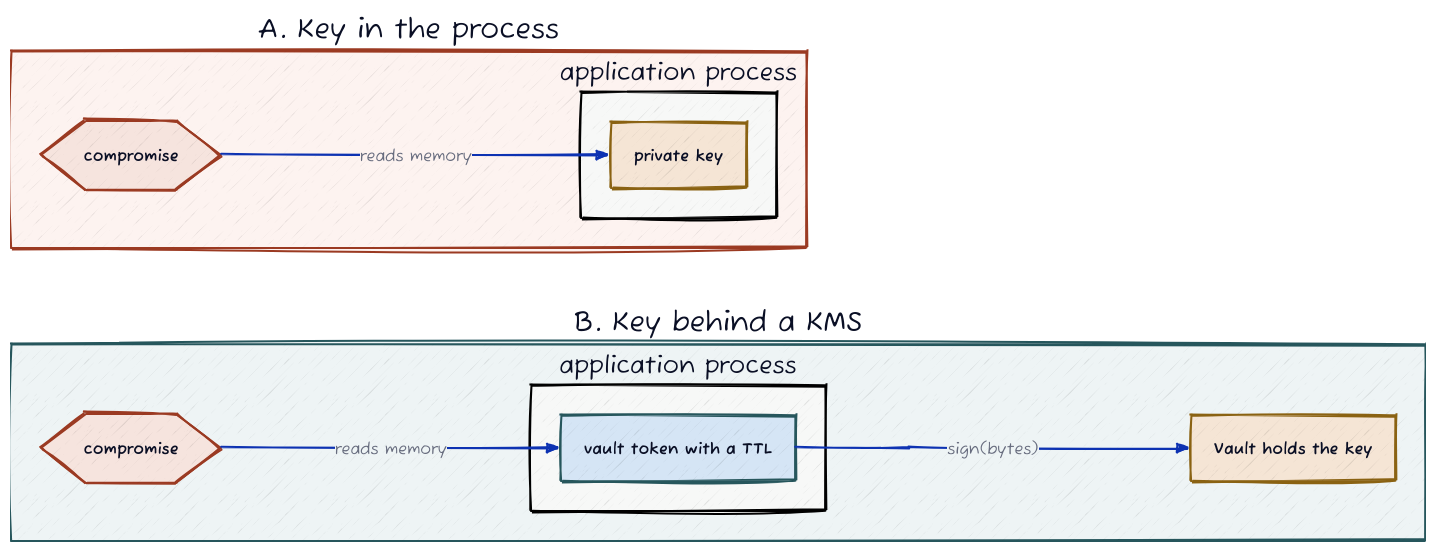
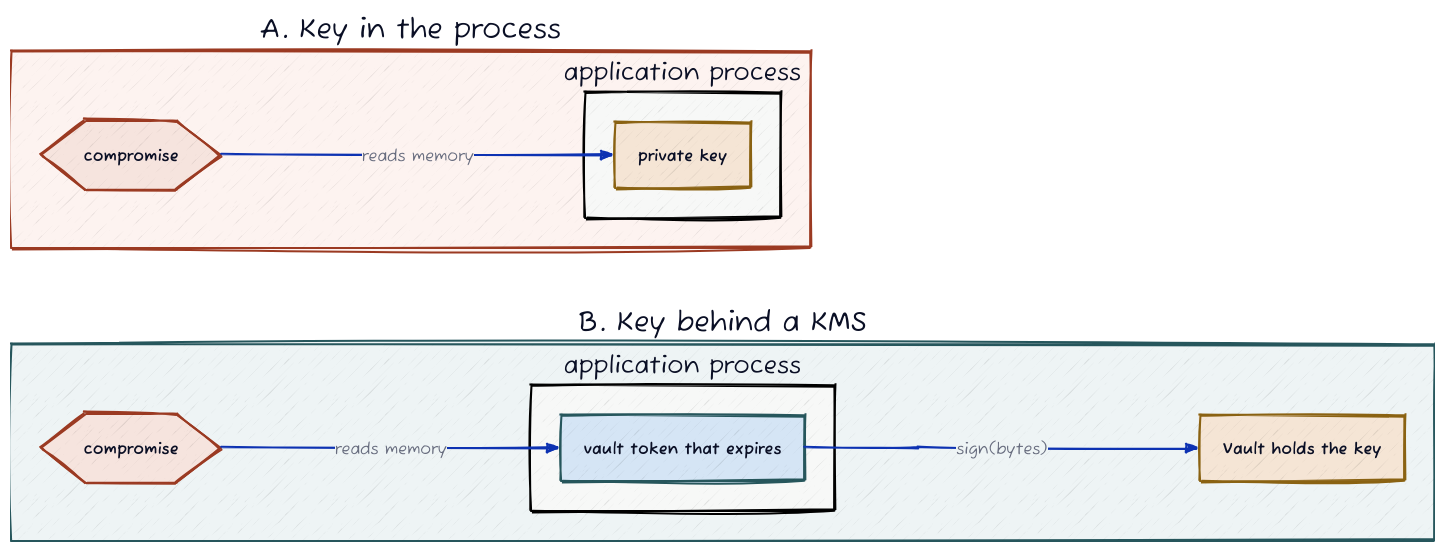
Before and after one commit to algorandfoundation/devportal: the second of 2 diagrams in src/content/docs/resources/intermezzo-concepts.mdx, drawn with D2. The commit also changed other lines of this file and 1 other file, not shown here.

Commit message:
docs: apply AGENTS.md and writing standards to Intermezzo concepts page & correct Intermezzo session token expiry in API reference

```diff
--- a/src/content/docs/resources/intermezzo-concepts.mdx
+++ b/src/content/docs/resources/intermezzo-concepts.mdx
@@ -242,7 +242,7 @@
         stroke: "#000000"
       }
 
-      token: vault token with a TTL {
+      token: vault token that expires {
         shape: rectangle
         style: {
           fill: "#d5e5f5"
```
